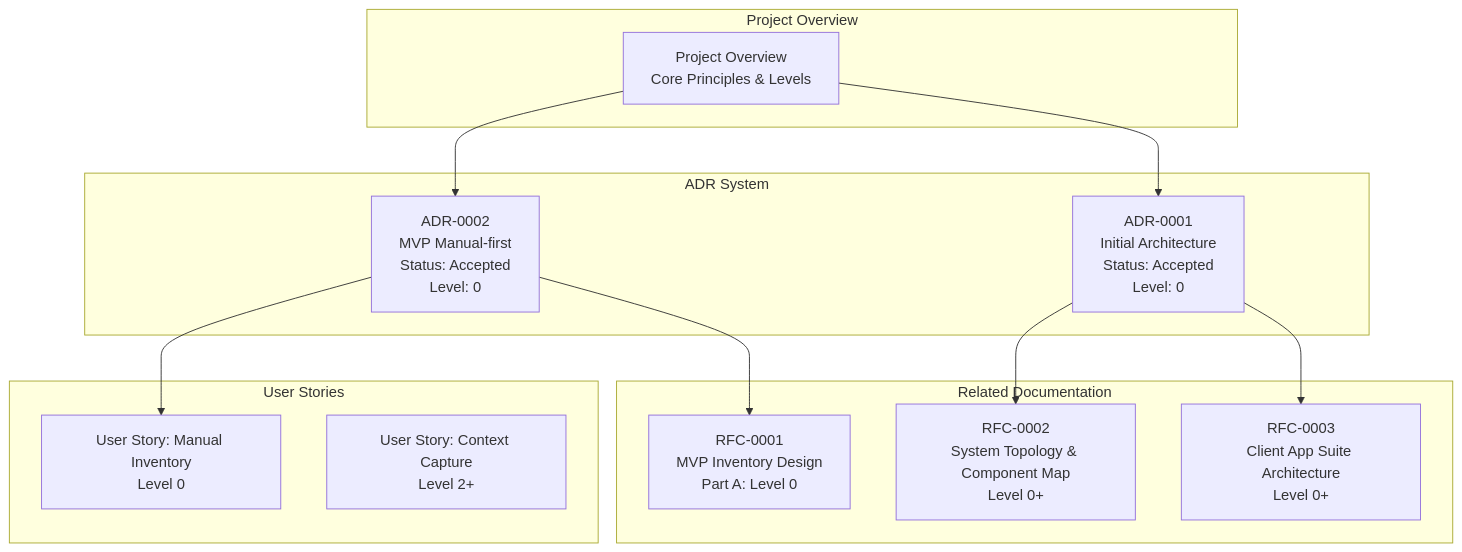
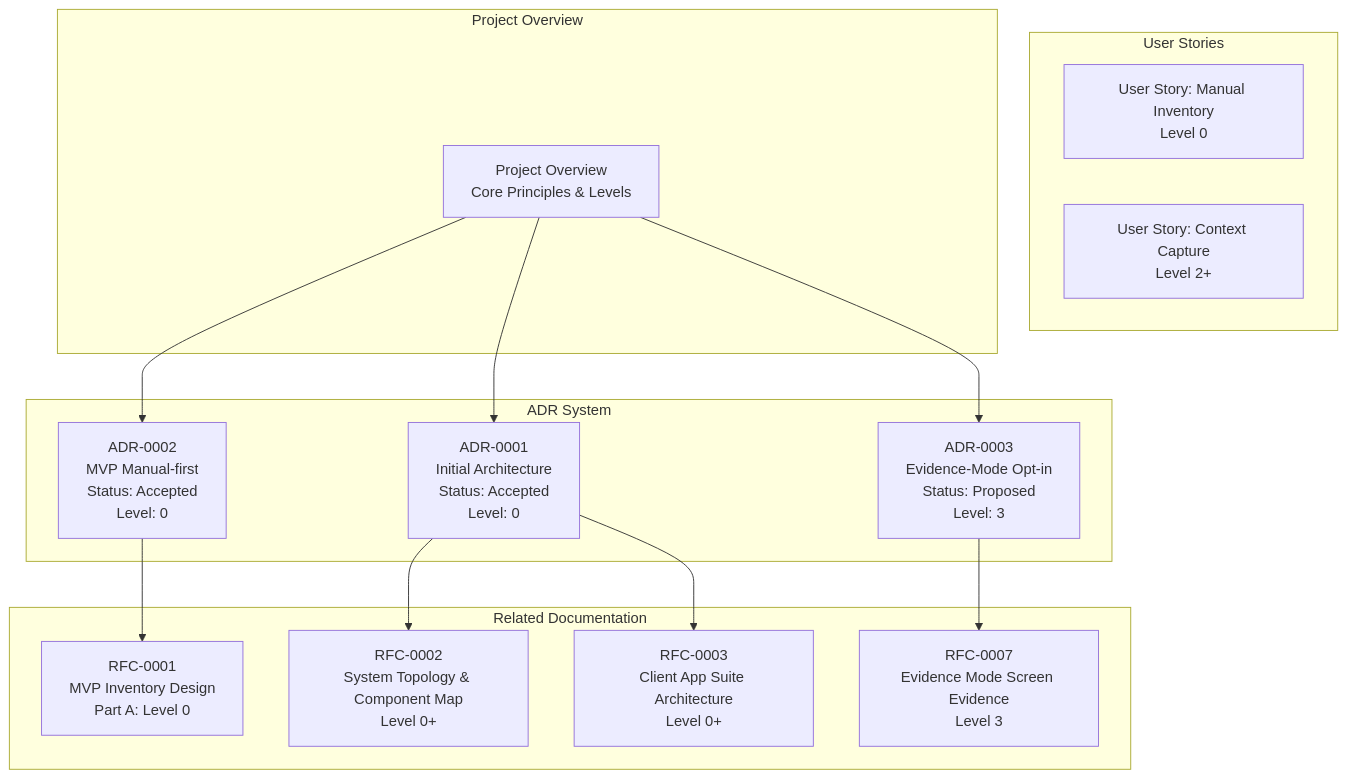
The first of 9 diagrams in .qoder/repowiki/en/content/Architecture Decision Records.md (asukhodko/timeskein), drawn with Mermaid before and after one commit. The commit also changed other lines of this file and 6 other files, not shown here.

First line of the commit message:
docs(adr): add ADR-0003 Evidence-Mode Opt-in architecture decision

````diff
--- a/.qoder/repowiki/en/content/Architecture Decision Records.md
+++ b/.qoder/repowiki/en/content/Architecture Decision Records.md
@@ -57,25 +59,28 @@
 ```mermaid
 graph TB
 subgraph "ADR System"
-ADR_INDEX["ADR-0002<br/>MVP Manual-first<br/>Status: Accepted<br/>Level: 0"]
+ADR_INDEX["ADR-0003<br/>Evidence-Mode Opt-in<br/>Status: Proposed<br/>Level: 3"]
+ADR_0002["ADR-0002<br/>MVP Manual-first<br/>Status: Accepted<br/>Level: 0"]
 ADR_0001["ADR-0001<br/>Initial Architecture<br/>Status: Accepted<br/>Level: 0"]
 end
 subgraph "Related Documentation"
 RFC1["RFC-0001<br/>MVP Inventory Design<br/>Part A: Level 0"]
 RFC2["RFC-0002<br/>System Topology & Component Map<br/>Level 0+"]
 RFC3["RFC-0003<br/>Client App Suite Architecture<br/>Level 0+"]
+RFC7["RFC-0007<br/>Evidence Mode Screen Evidence<br/>Level 3"]
 end
 subgraph "User Stories"
 US1["User Story: Manual Inventory<br/>Level 0"]
 US2["User Story: Context Capture<br/>Level 2+"]
 end
 subgraph "Project Overview"
 OVERVIEW["Project Overview<br/>Core Principles & Levels"]
 end
-ADR_INDEX --> RFC1
-ADR_INDEX --> US1
+ADR_INDEX --> RFC7
+ADR_0002 --> RFC1
 ADR_0001 --> RFC2
 ADR_0001 --> RFC3
 OVERVIEW --> ADR_INDEX
+OVERVIEW --> ADR_0002
 OVERVIEW --> ADR_0001
 ```
````
